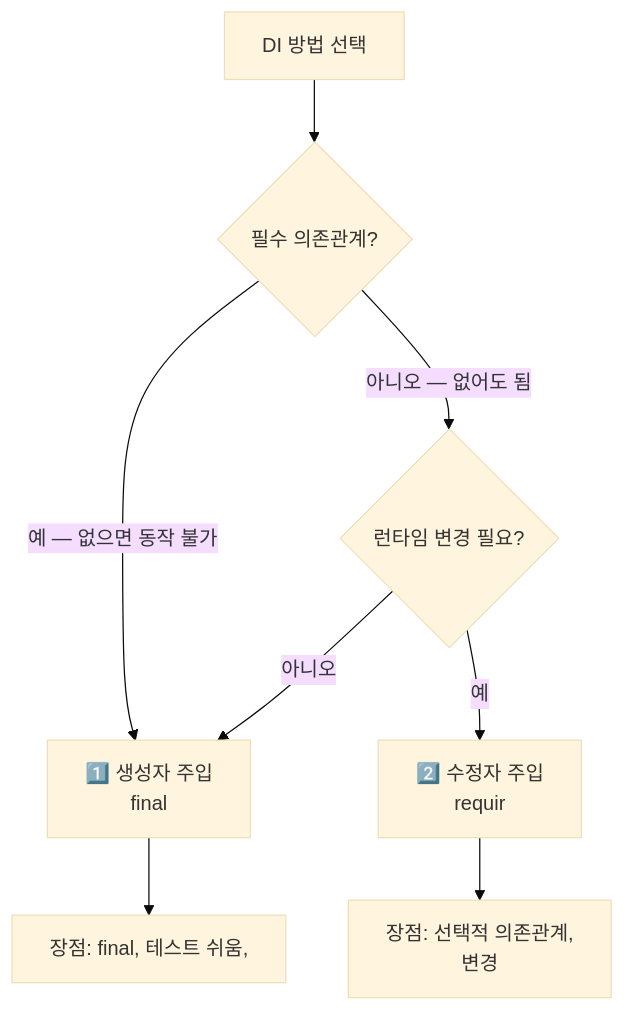
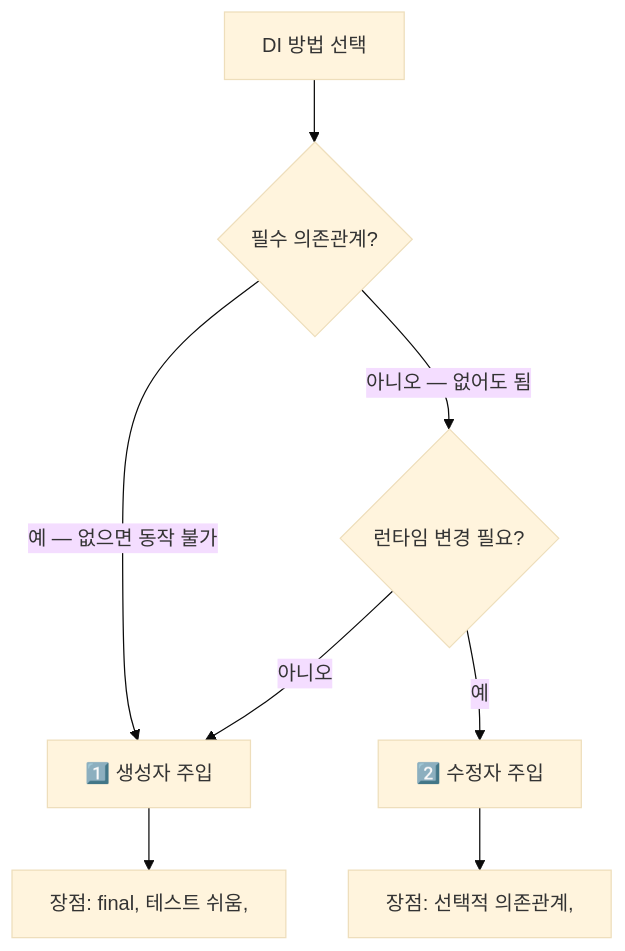
One commit to yjkim2015/yjkim2015.github.io changed the fifth of 13 diagrams in _posts/spring/2026-05-02-spring-core-basic.md. Above: the diagram before and after it, drawn with Mermaid (base theme). The commit also changed other lines of this file and 217 other files, not shown here.

First line of the commit message:
Mermaid 크기 수정: useMaxWidth:true + SVG max-width:100% + 라벨 축소

````diff
--- a/_posts/spring/2026-05-02-spring-core-basic.md
+++ b/_posts/spring/2026-05-02-spring-core-basic.md
@@ -308,10 +308,10 @@
 ```mermaid
 flowchart TD
     A["DI 방법 선택"] --> B{"필수 의존관계?"}
-    B -->|"예 — 없으면 동작 불가"| C["1️⃣ 생성자 주입\nfinal"]
+    B -->|"예 — 없으면 동작 불가"| C["1️⃣ 생성자 주입"]
     B -->|"아니오 — 없어도 됨"| D{"런타임 변경 필요?"}
-    D -->|"예"| E["2️⃣ 수정자 주입\nrequir"]
+    D -->|"예"| E["2️⃣ 수정자 주입"]
     D -->|"아니오"| C
     C --> G["장점: final, 테스트 쉬움,"]
-    E --> H["장점: 선택적 의존관계,\n변경"]
+    E --> H["장점: 선택적 의존관계,"]
 ```
````
